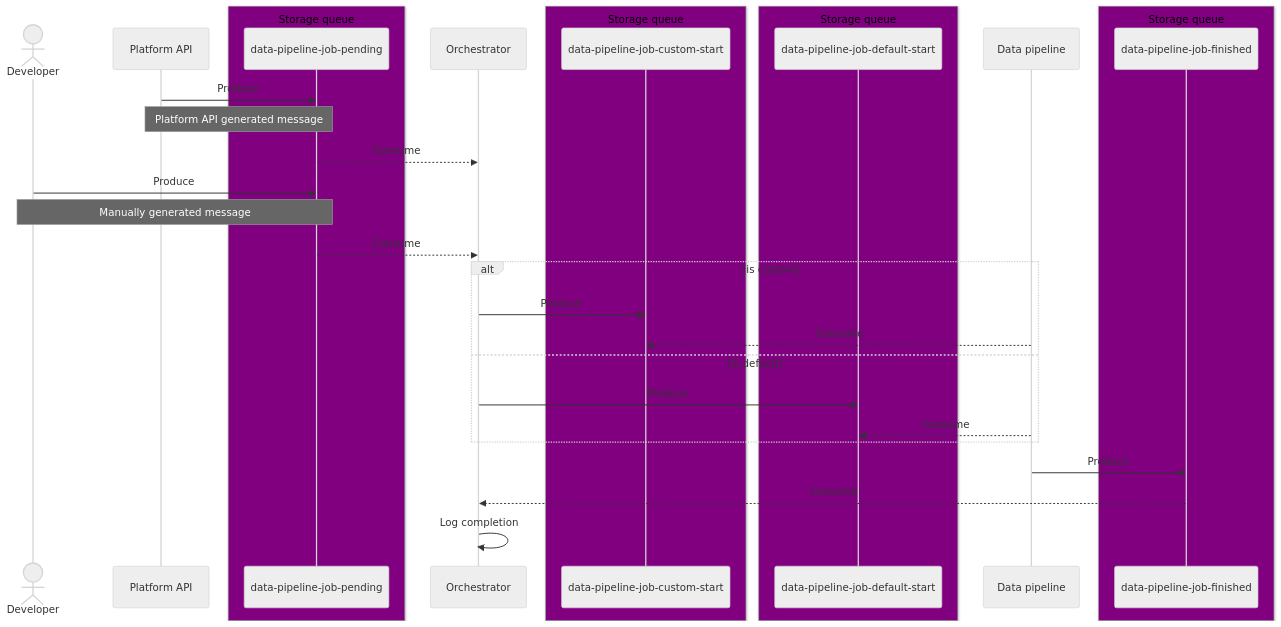
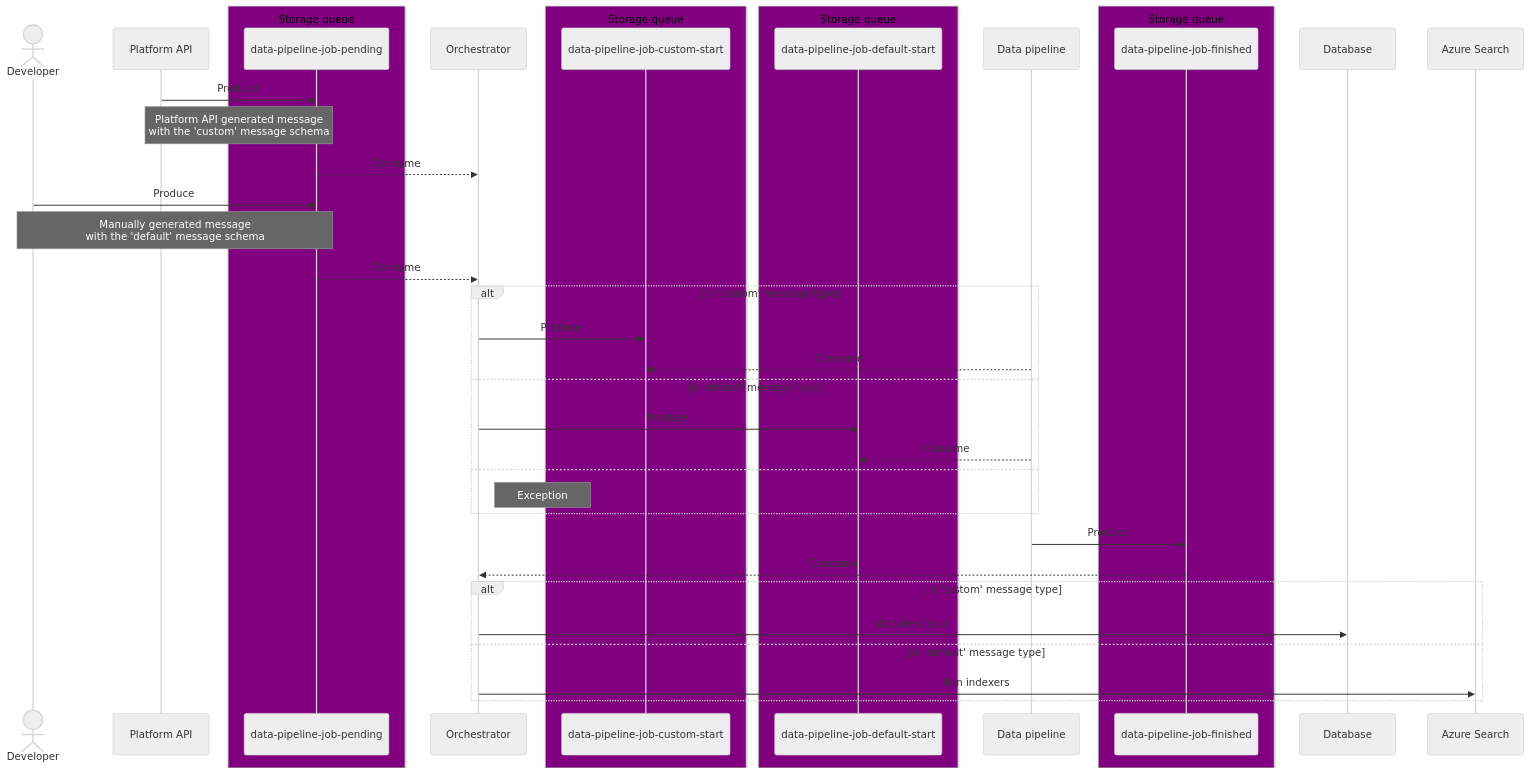
The diagram in documentation/features/6_Orchestrator.md (DFE-Digital/education-benchmarking-and-insights), drawn with Mermaid (neutral theme) before and after one commit. The commit also changed 18 other files, not shown here.

Commit message:
feat: Updated Orchestrator to support new message format for 'default' pipeline message type

````diff
--- a/documentation/features/6_Orchestrator.md
+++ b/documentation/features/6_Orchestrator.md
@@ -15,40 +15,46 @@
 ```mermaid
 sequenceDiagram
     accDescr: Message flow sequence
     Actor Developer
     participant Platform API
     box Purple Storage queue
     participant data-pipeline-job-pending
     end
     participant Orchestrator
     box Purple Storage queue
     participant data-pipeline-job-custom-start
     end
     box Purple Storage queue
     participant data-pipeline-job-default-start
     end
     participant Data pipeline
     box Purple Storage queue    
     participant data-pipeline-job-finished
     end
 
     Platform API->>data-pipeline-job-pending: Produce
-    Note over Platform API,data-pipeline-job-pending: Platform API generated message
+    Note over Platform API,data-pipeline-job-pending: Platform API generated message<br/>with the 'custom' message schema
     data-pipeline-job-pending-->>Orchestrator: Consume
     
     Developer->>data-pipeline-job-pending: Produce
-    Note over Developer,data-pipeline-job-pending: Manually generated message 
+    Note over Developer,data-pipeline-job-pending: Manually generated message <br/>with the 'default' message schema
     data-pipeline-job-pending-->>Orchestrator: Consume
 
-    alt is custom
+    alt is 'custom' message type
         Orchestrator->>data-pipeline-job-custom-start: Produce
         Data pipeline-->>data-pipeline-job-custom-start: Consume
-    else is default
+    else is 'default' message type
         Orchestrator->>data-pipeline-job-default-start: Produce
         Data pipeline-->>data-pipeline-job-default-start: Consume
+    else
+        Note right of Orchestrator: Exception
     end
 
     Data pipeline->>data-pipeline-job-finished: Produce
     data-pipeline-job-finished-->>Orchestrator: Consume
-    Orchestrator->>Orchestrator: Log completion
+    alt is 'custom' message type
+        Orchestrator->>Database: Update status
+    else is 'default' message type
+        Orchestrator->>Azure Search: Run indexers
+    end
 ```
````
